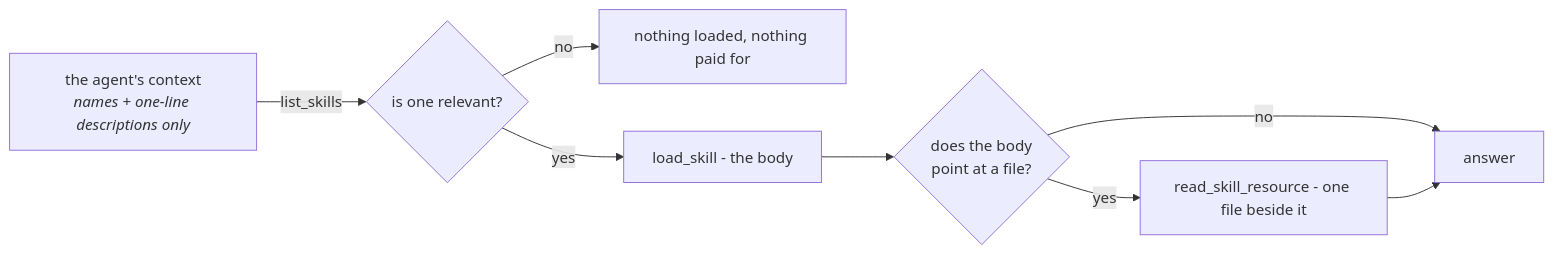
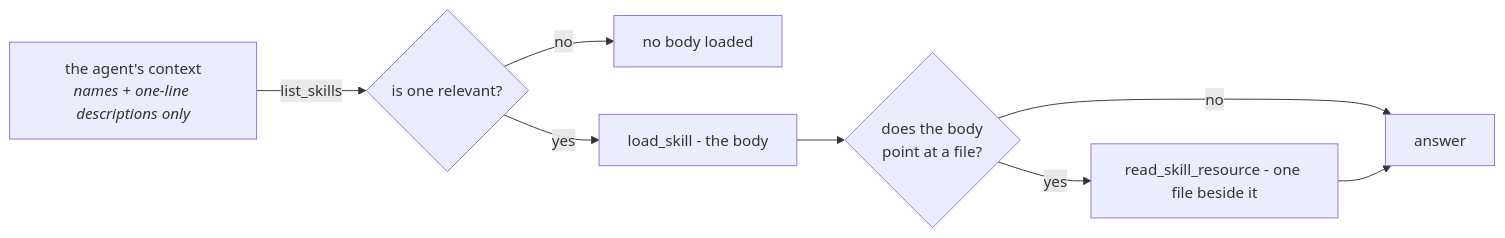
Before and after one commit to vstorm-co/agenticos: the diagram in docs/skills.md, drawn with Mermaid. The commit also changed other lines of this file and 4 other files, not shown here.

````diff
--- a/docs/skills.md
+++ b/docs/skills.md
@@ -11,10 +11,10 @@
 ```mermaid
 flowchart LR
     A["the agent's context<br/><i>names + one-line descriptions only</i>"] -->|list_skills| B{is one relevant?}
-    B -->|no| Z["nothing loaded, nothing paid for"]
+    B -->|no| Z["no body loaded"]
     B -->|yes| C["load_skill - the body"]
     C --> D{does the body<br/>point at a file?}
     D -->|no| Z2[answer]
     D -->|yes| E["read_skill_resource - one file beside it"]
     E --> Z2
 ```
````
